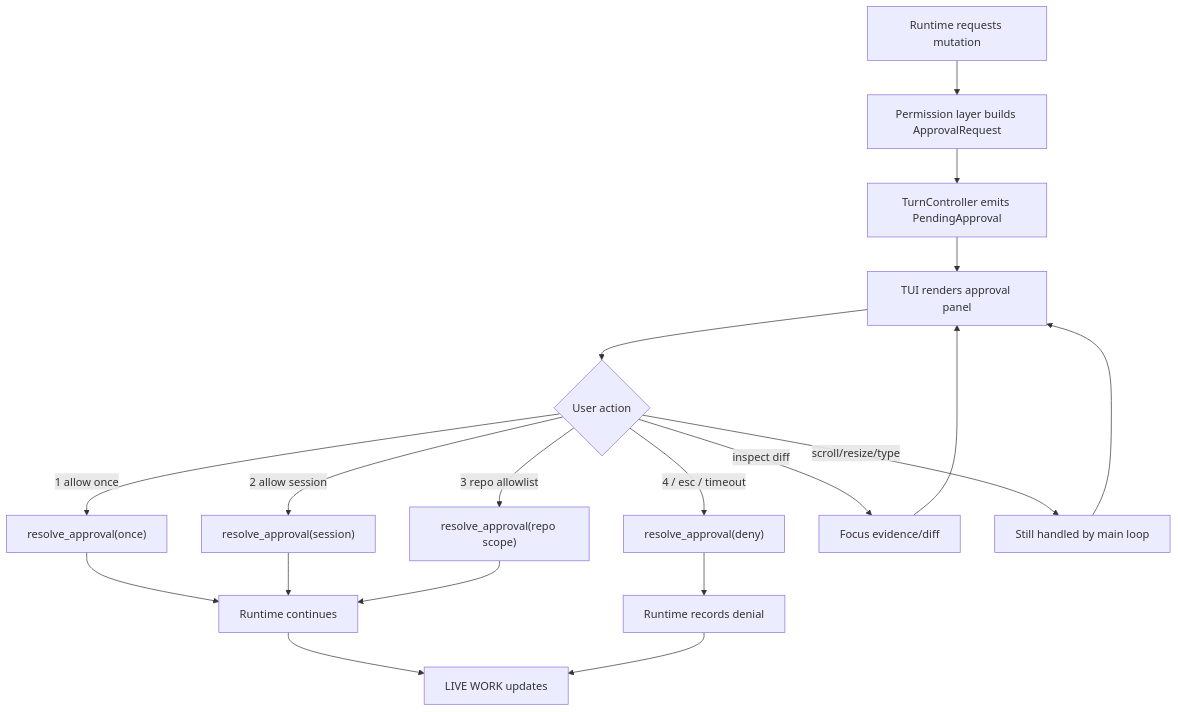
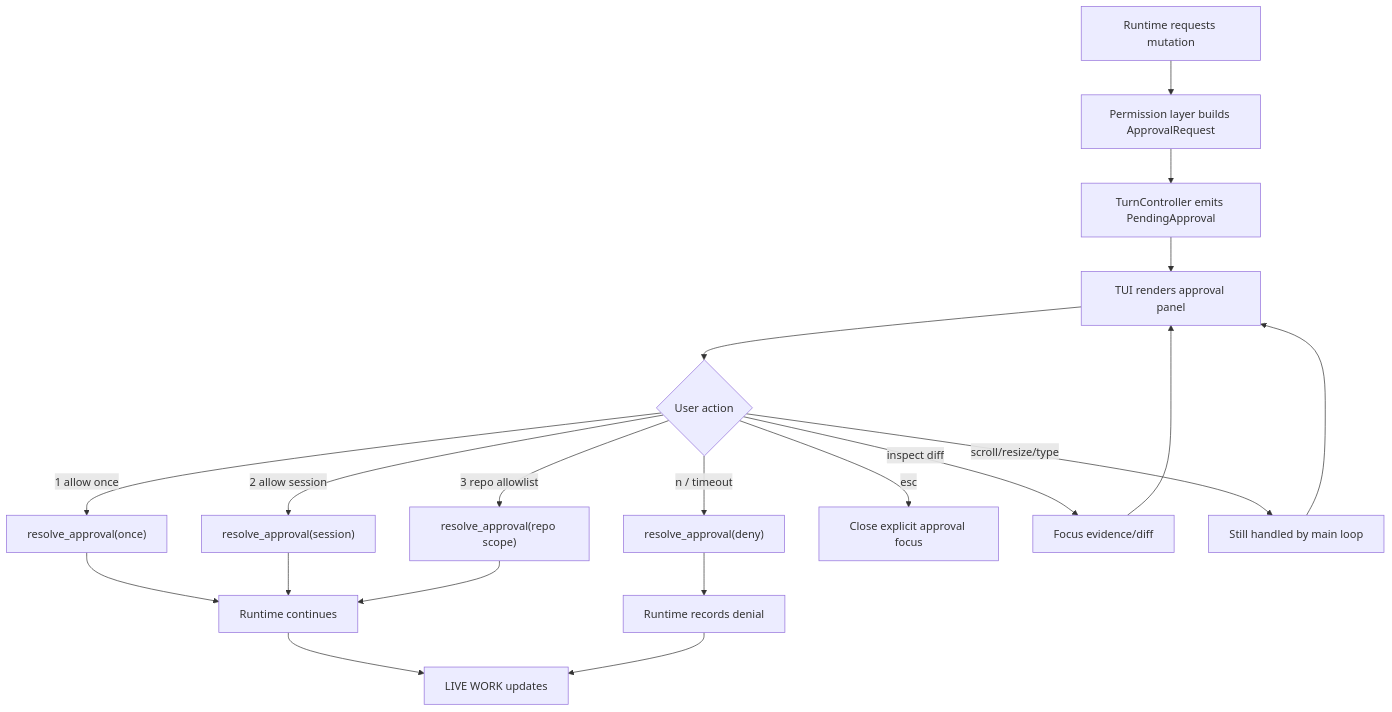
Before and after one commit to wikieden/robocode: the sixth of 10 diagrams in docs/tui-interaction-flow-design.md, drawn with Mermaid. The commit also changed other lines of this file and 16 other files, not shown here.

````diff
--- a/docs/tui-interaction-flow-design.md
+++ b/docs/tui-interaction-flow-design.md
@@ -215,21 +215,22 @@
 ```mermaid
 flowchart TD
     A["Runtime requests mutation"] --> B["Permission layer builds ApprovalRequest"]
     B --> C["TurnController emits PendingApproval"]
     C --> D["TUI renders approval panel"]
     D --> E{"User action"}
     E -->|1 allow once| F["resolve_approval(once)"]
     E -->|2 allow session| G["resolve_approval(session)"]
     E -->|3 repo allowlist| H["resolve_approval(repo scope)"]
-    E -->|4 / esc / timeout| I["resolve_approval(deny)"]
+    E -->|n / timeout| I["resolve_approval(deny)"]
+    E -->|esc| O["Close explicit approval focus"]
     E -->|inspect diff| J["Focus evidence/diff"]
     E -->|scroll/resize/type| K["Still handled by main loop"]
     J --> D
     K --> D
     F --> L["Runtime continues"]
     G --> L
     H --> L
     I --> M["Runtime records denial"]
     L --> N["LIVE WORK updates"]
     M --> N
 ```
````
